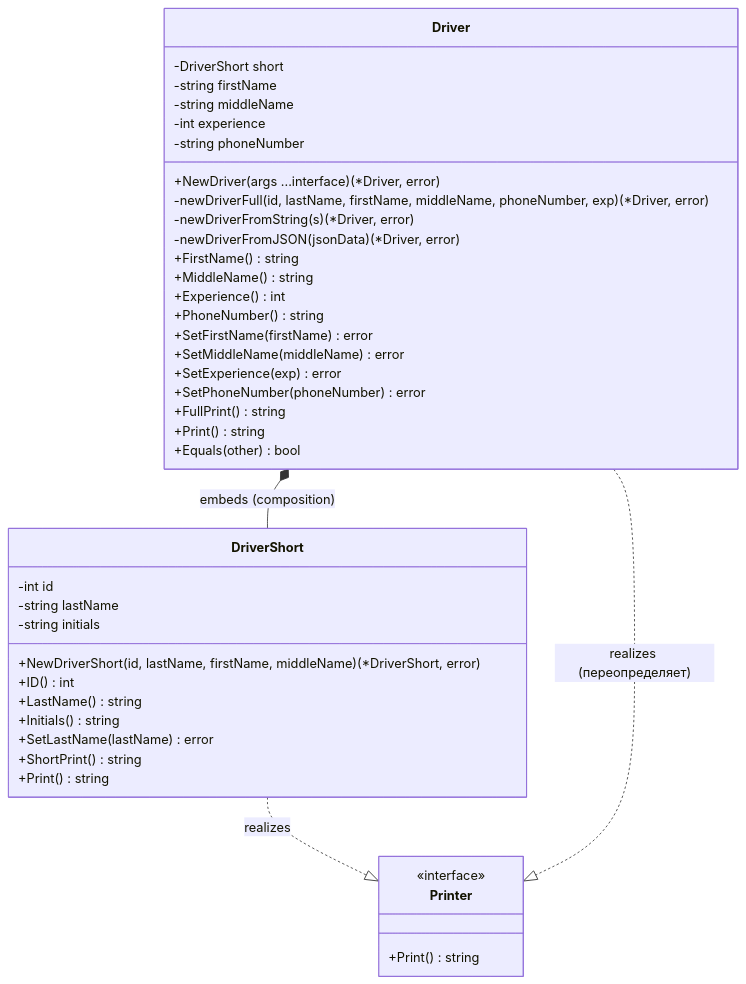
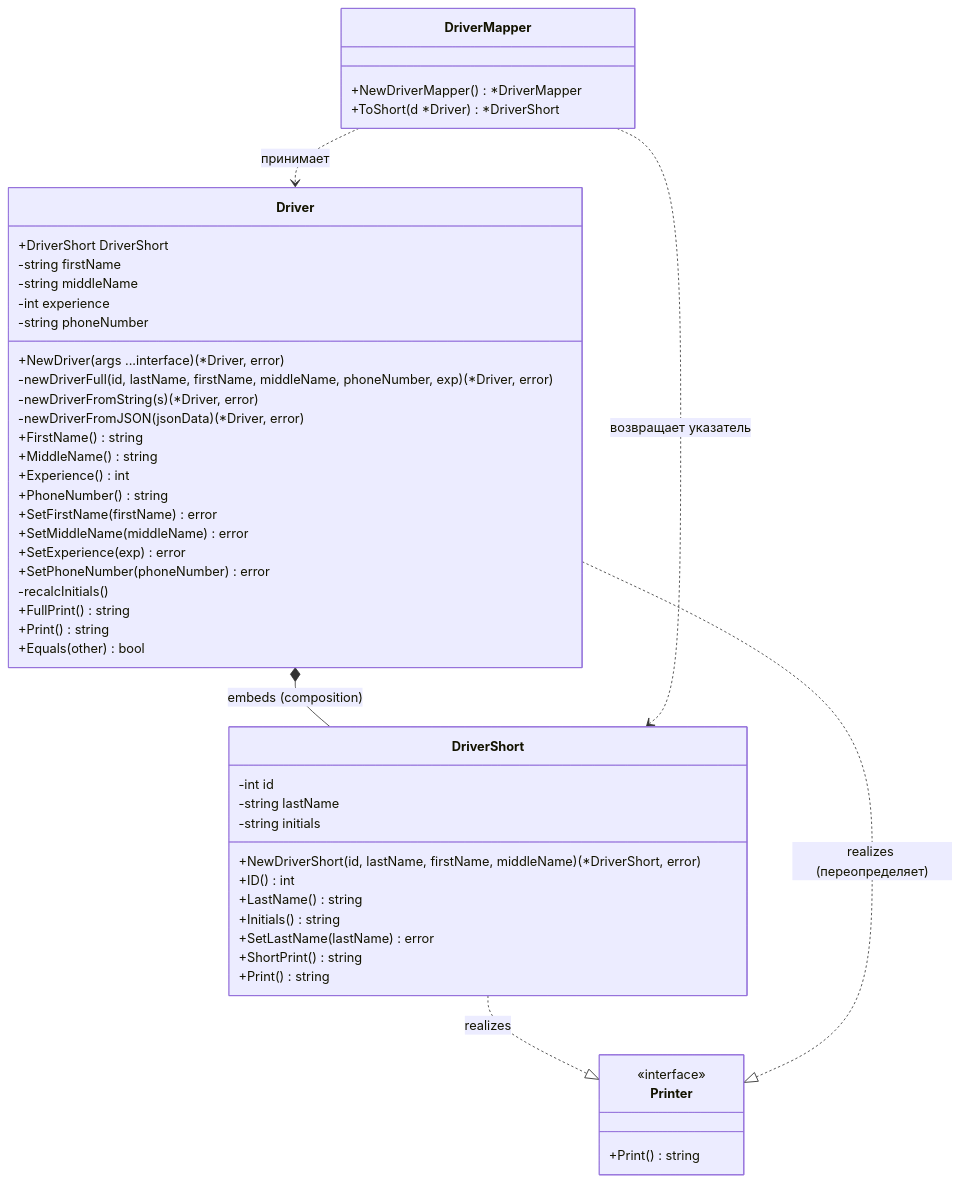
One commit to sondernce/kubsu-info-systems-design changed the diagram in lab01/driver_class_diagram.md. Above: the diagram before and after it, drawn with Mermaid. The commit also changed other lines of this file and 4 other files, not shown here.

````diff
--- a/lab01/driver_class_diagram.md
+++ b/lab01/driver_class_diagram.md
@@ -1,47 +1,55 @@
 ```mermaid
 classDiagram
     class Printer {
         <<interface>>
         +Print() string
     }
 
     class DriverShort {
         -int id
         -string lastName
         -string initials
         +NewDriverShort(id, lastName, firstName, middleName) (*DriverShort, error)
         +ID() int
         +LastName() string
         +Initials() string
         +SetLastName(lastName) error
         +ShortPrint() string
         +Print() string
     }
 
     class Driver {
-        -DriverShort short
+        +DriverShort DriverShort
         -string firstName
         -string middleName
         -int experience
         -string phoneNumber
         +NewDriver(args ...interface) (*Driver, error)
         -newDriverFull(id, lastName, firstName, middleName, phoneNumber, exp) (*Driver, error)
         -newDriverFromString(s) (*Driver, error)
         -newDriverFromJSON(jsonData) (*Driver, error)
         +FirstName() string
         +MiddleName() string
         +Experience() int
         +PhoneNumber() string
         +SetFirstName(firstName) error
         +SetMiddleName(middleName) error
         +SetExperience(exp) error
         +SetPhoneNumber(phoneNumber) error
+        -recalcInitials()
         +FullPrint() string
         +Print() string
         +Equals(other) bool
     }
 
+    class DriverMapper {
+        +NewDriverMapper() *DriverMapper
+        +ToShort(d *Driver) *DriverShort
+    }
+
     Driver *-- DriverShort : embeds (composition)
     DriverShort ..|> Printer : realizes
     Driver ..|> Printer : realizes (переопределяет)
+    DriverMapper ..> Driver : принимает
+    DriverMapper ..> DriverShort : возвращает указатель
 ```
````
